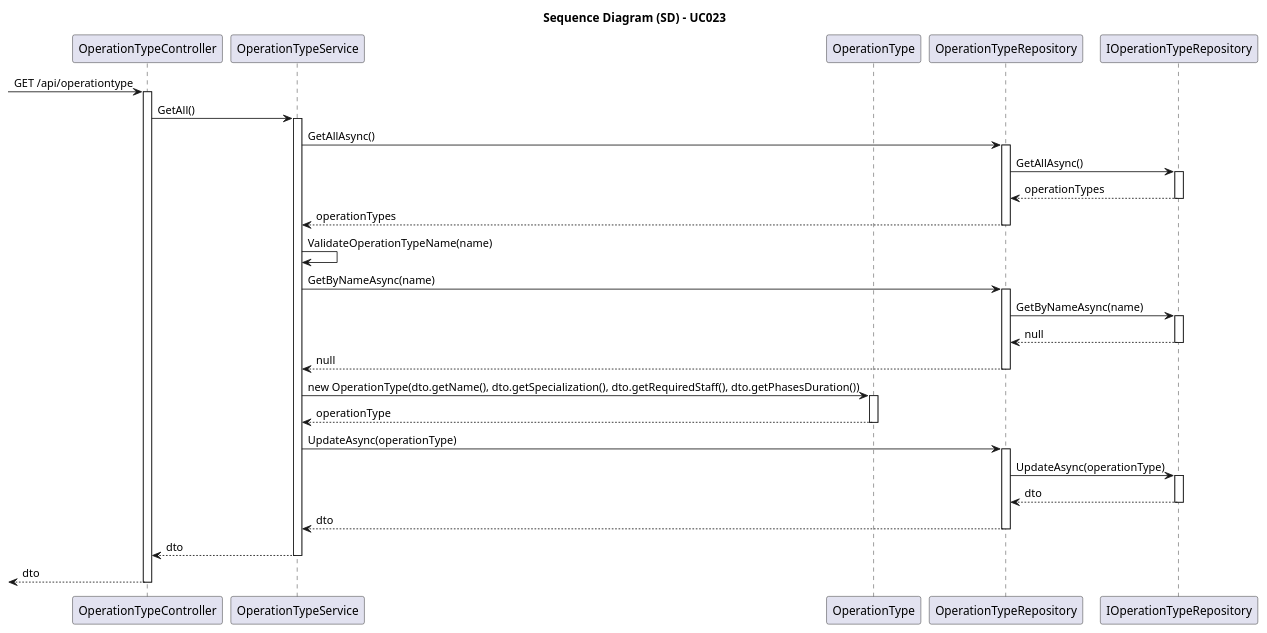
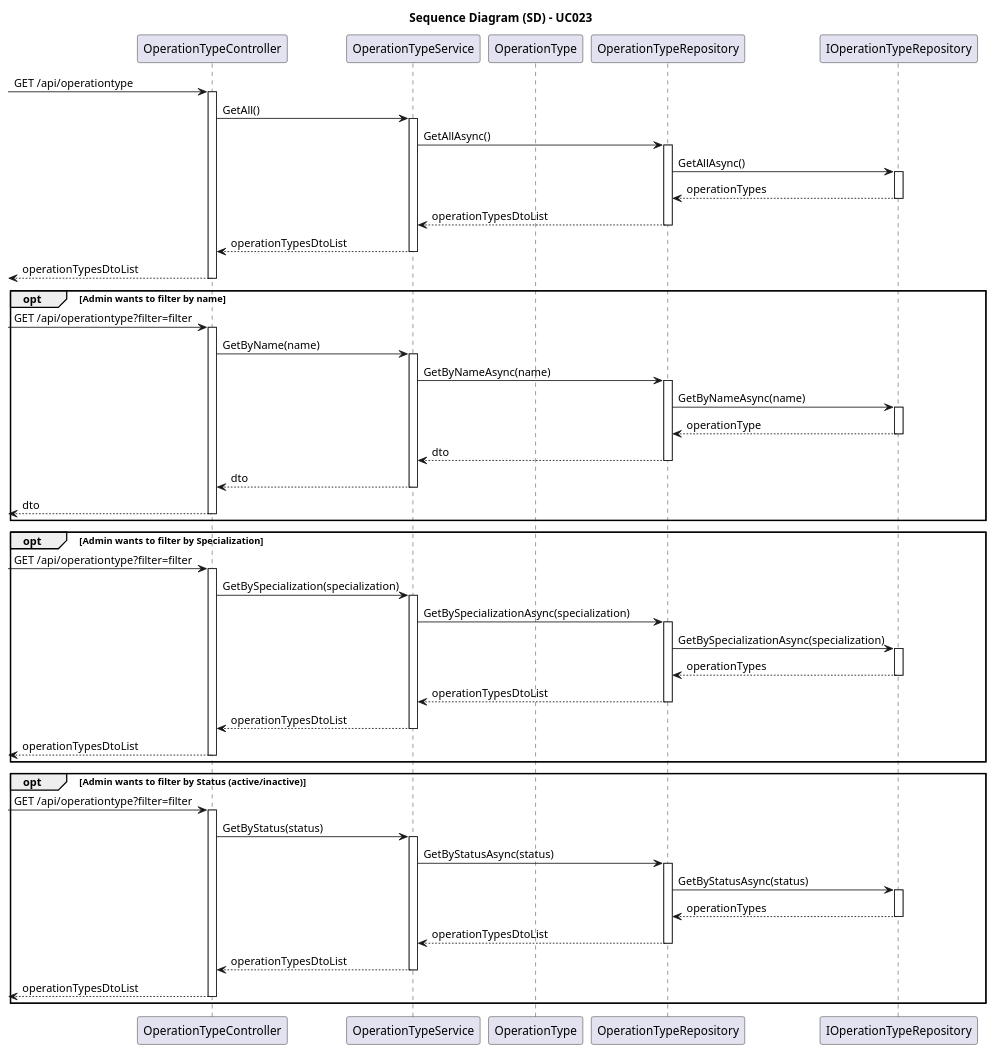
One commit to 1221124/sem5pi-24-25-g031 changed the diagram in docs/SprintA/UseCases/UC023/03.design/puml/uc023-sequence-diagram.puml. Above: the diagram before and after it, drawn with PlantUML. The commit also changed 2 other files, not shown here.

```diff
--- a/docs/SprintA/UseCases/UC023/03.design/puml/uc023-sequence-diagram.puml
+++ b/docs/SprintA/UseCases/UC023/03.design/puml/uc023-sequence-diagram.puml
@@ -1,90 +1,156 @@
 @startuml uc023-sequence-diagram
 
 skinparam packageStyle rectangle
 skinparam shadowing false
 skinparam linetype polyline
 skinparam classAttributeIconSize 0
 
 title Sequence Diagram (SD) - UC023
 
 participant "OperationTypeController" as Controller
 participant "OperationTypeService" as Service
 participant "OperationType" as Domain
 participant "OperationTypeRepository" as Repository
 participant "IOperationTypeRepository" as IRepo
 
 -> Controller: GET /api/operationtype
 
 activate Controller
 
     Controller -> Service: GetAll()
 
     activate Service
 
         Service -> Repository: GetAllAsync()
 
         activate Repository
 
             Repository -> IRepo: GetAllAsync()
             
             activate IRepo
 
                 IRepo --> Repository: operationTypes
 
             deactivate IRepo
 
-            Repository --> Service: operationTypes
+            Repository --> Service: operationTypesDtoList
 
         deactivate Repository
 
-        Service -> Service: ValidateOperationTypeName(name)
-
-        Service -> Repository: GetByNameAsync(name)
-
-        activate Repository
-
-            Repository -> IRepo: GetByNameAsync(name)
-            
-            activate IRepo
-
-                IRepo --> Repository: null
-
-            deactivate IRepo
-
-            Repository --> Service: null
-
-        deactivate Repository
-
-        Service -> Domain: new OperationType(dto.getName(), dto.getSpecialization(), dto.getRequiredStaff(), dto.getPhasesDuration())
-
-        activate Domain
-
-            Domain --> Service: operationType
-
-        deactivate Domain
-
-        Service -> Repository: UpdateAsync(operationType)
-
-        activate Repository
-
-            Repository -> IRepo: UpdateAsync(operationType)
-
-            activate IRepo
-
-                IRepo --> Repository: dto
-
-            deactivate IRepo
-
-            Repository --> Service: dto
-
-        deactivate Repository
-
-        Service --> Controller: dto
+        Service --> Controller: operationTypesDtoList
 
     deactivate Service
 
-    <-- Controller : dto
+    <-- Controller: operationTypesDtoList
 
 deactivate Controller
 
+opt Admin wants to filter by name
+
+    -> Controller: GET /api/operationtype?filter=filter
+
+    activate Controller
+
+        Controller -> Service: GetByName(name)
+        
+        activate Service
+
+            Service -> Repository: GetByNameAsync(name)
+
+            activate Repository
+
+                Repository -> IRepo: GetByNameAsync(name)
+                
+                activate IRepo
+
+                    IRepo --> Repository: operationType
+
+                deactivate IRepo
+
+                Repository --> Service: dto
+
+            deactivate Repository
+
+            Service --> Controller: dto
+
+        deactivate Service
+
+        <-- Controller: dto
+
+    deactivate Controller
+
+end
+
+opt Admin wants to filter by Specialization
+
+    -> Controller: GET /api/operationtype?filter=filter
+
+    activate Controller
+
+        Controller -> Service: GetBySpecialization(specialization)
+        
+        activate Service
+
+            Service -> Repository: GetBySpecializationAsync(specialization)
+
+            activate Repository
+
+                Repository -> IRepo: GetBySpecializationAsync(specialization)
+                
+                activate IRepo
+
+                    IRepo --> Repository: operationTypes
+
+                deactivate IRepo
+
+                Repository --> Service: operationTypesDtoList
+
+            deactivate Repository
+
+            Service --> Controller: operationTypesDtoList
+
+        deactivate Service
+
+        <-- Controller: operationTypesDtoList
+
+    deactivate Controller
+
+end
+
+opt Admin wants to filter by Status (active/inactive)
+
+    -> Controller: GET /api/operationtype?filter=filter
+
+    activate Controller
+
+        Controller -> Service: GetByStatus(status)
+        
+        activate Service
+
+            Service -> Repository: GetByStatusAsync(status)
+
+            activate Repository
+
+                Repository -> IRepo: GetByStatusAsync(status)
+                
+                activate IRepo
+
+                    IRepo --> Repository: operationTypes
+
+                deactivate IRepo
+
+                Repository --> Service: operationTypesDtoList
+
+            deactivate Repository
+
+            Service --> Controller: operationTypesDtoList
+
+        deactivate Service
+
+        <-- Controller: operationTypesDtoList
+
+    deactivate Controller
+
+end
+
 @enduml
```
